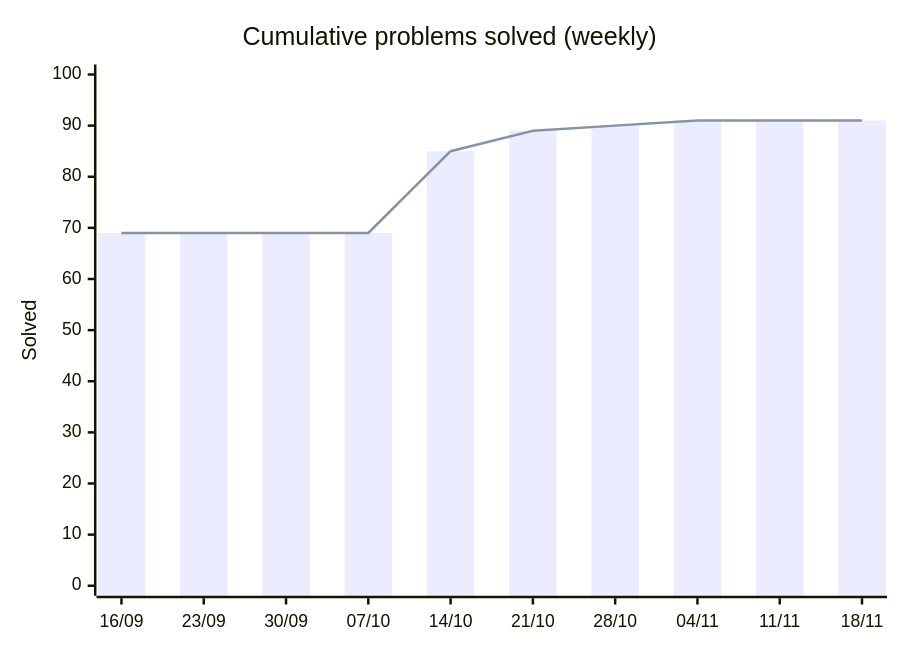
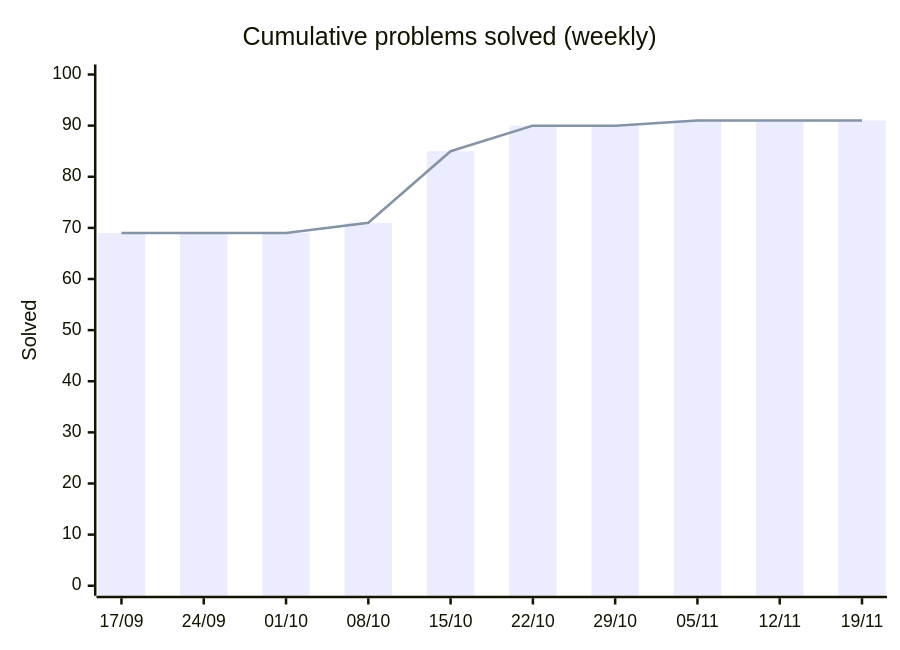
Before and after one commit to HarryTrn/TensorTonic-Solutions: the first of 2 diagrams in README.md, drawn with Mermaid. The commit also changed other lines of this file, not shown here.

Commit message:
docs: auto-update README [skip ci]

````diff
--- a/README.md
+++ b/README.md
@@ -65,8 +65,8 @@
 ```mermaid
 xychart-beta
     title "Cumulative problems solved (weekly)"
-    x-axis ["16/09", "23/09", "30/09", "07/10", "14/10", "21/10", "28/10", "04/11", "11/11", "18/11"]
+    x-axis ["17/09", "24/09", "01/10", "08/10", "15/10", "22/10", "29/10", "05/11", "12/11", "19/11"]
     y-axis "Solved" 0 --> 100
-    bar [69, 69, 69, 69, 85, 89, 90, 91, 91, 91]
-    line [69, 69, 69, 69, 85, 89, 90, 91, 91, 91]
+    bar [69, 69, 69, 71, 85, 90, 90, 91, 91, 91]
+    line [69, 69, 69, 71, 85, 90, 90, 91, 91, 91]
 ```
````
